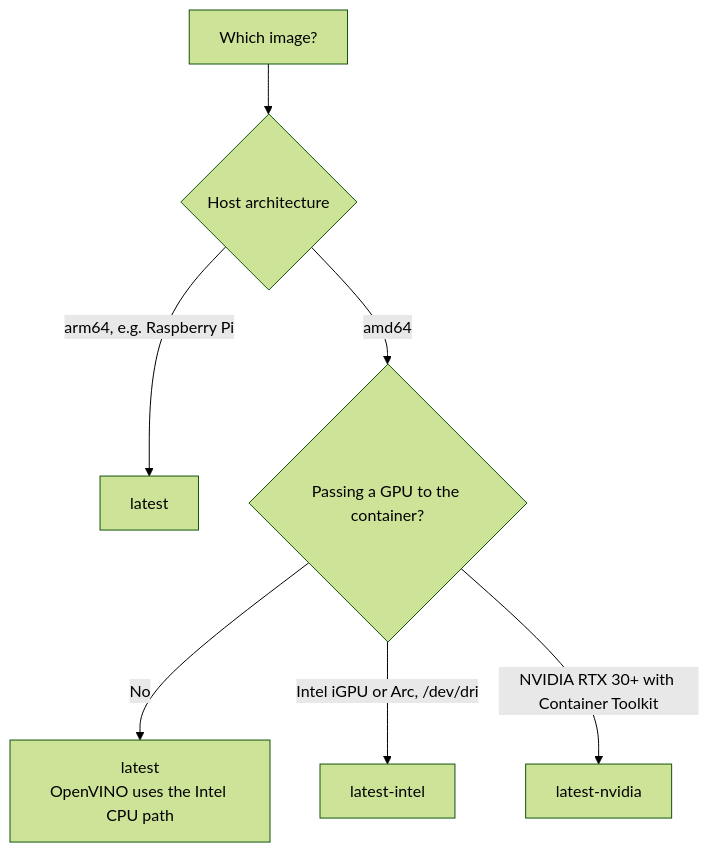
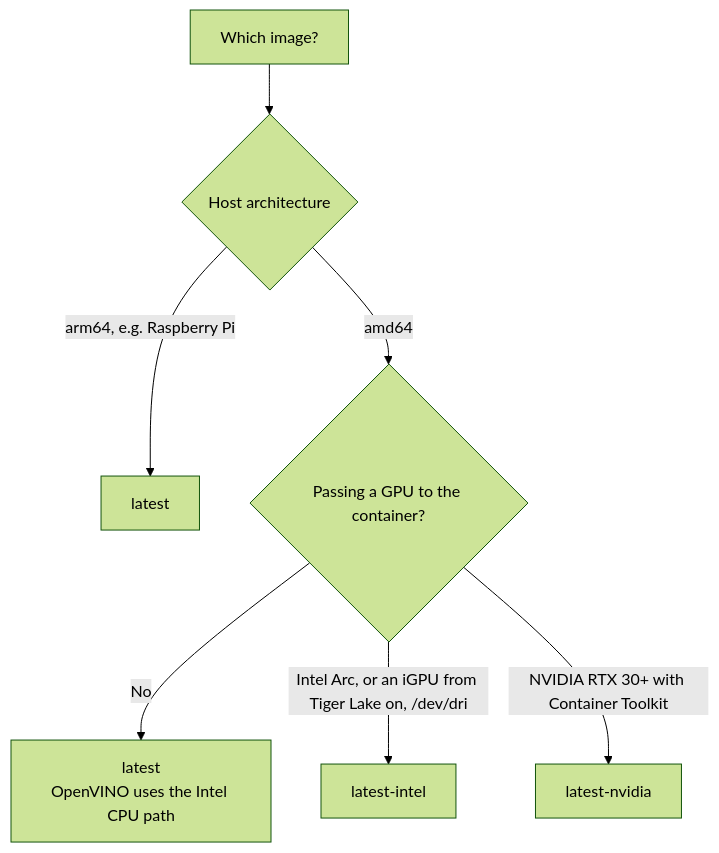
One commit to oliverbravery/PrintGuard changed the diagram in docs/hardware.md. Above: the diagram before and after it, drawn with Mermaid (forest theme). The commit also changed other lines of this file and 7 other files, not shown here.

````diff
--- a/docs/hardware.md
+++ b/docs/hardware.md
@@ -59,9 +59,9 @@
 ```mermaid
 flowchart TD
     start["Which image?"] --> arch{"Host architecture"}
     arch -- "arm64, e.g. Raspberry Pi" --> std["latest"]
     arch -- "amd64" --> gpu{"Passing a GPU to the container?"}
     gpu -- "No" --> std2["latest<br/>OpenVINO uses the Intel CPU path"]
-    gpu -- "Intel iGPU or Arc, /dev/dri" --> intel["latest-intel"]
+    gpu -- "Intel Arc, or an iGPU from Tiger Lake on, /dev/dri" --> intel["latest-intel"]
     gpu -- "NVIDIA RTX 30+ with Container Toolkit" --> nvidia["latest-nvidia"]
 ```
````
